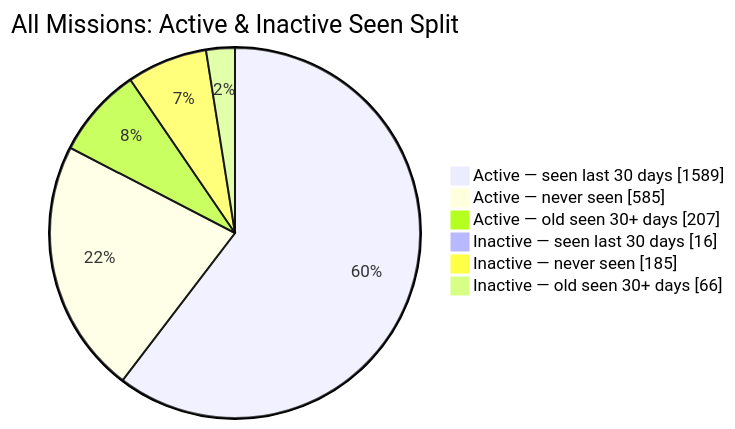
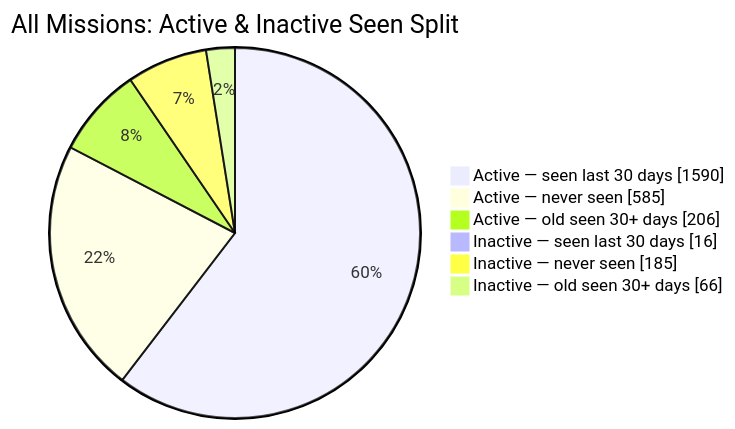
Before and after one commit to MeldkamerspelGameTeam/active-missions: the second of 2 diagrams in README.md, drawn with Mermaid. The commit also changed other lines of this file and 3 other files, not shown here.

````diff
--- a/README.md
+++ b/README.md
@@ -44,10 +44,10 @@
 ```mermaid
 pie showData
     title All Missions: Active & Inactive Seen Split
-    "Active — seen last 30 days" : 1589
+    "Active — seen last 30 days" : 1590
     "Active — never seen" : 585
-    "Active — old seen 30+ days" : 207
+    "Active — old seen 30+ days" : 206
     "Inactive — seen last 30 days" : 16
     "Inactive — never seen" : 185
     "Inactive — old seen 30+ days" : 66
 ```
````
